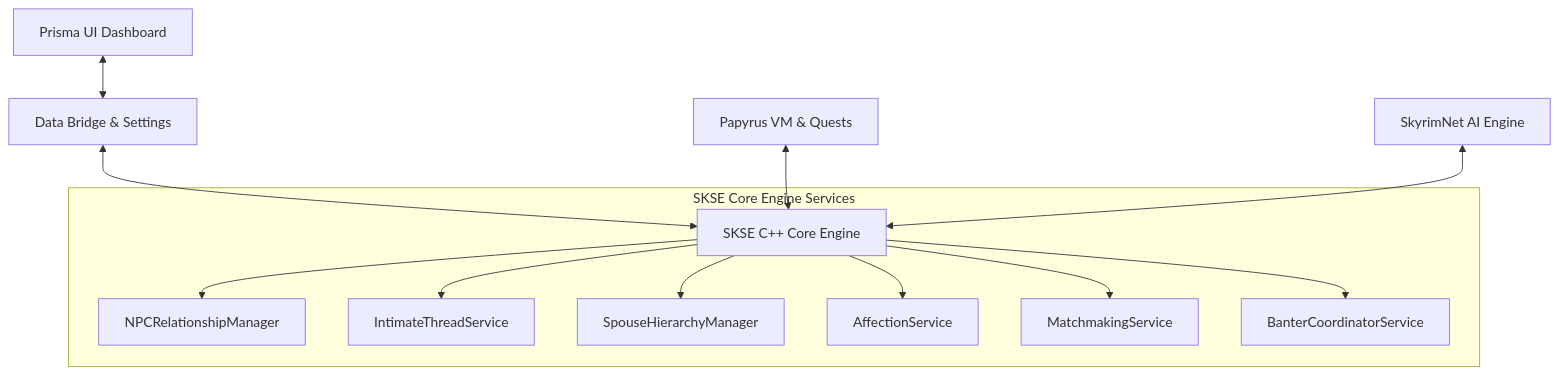
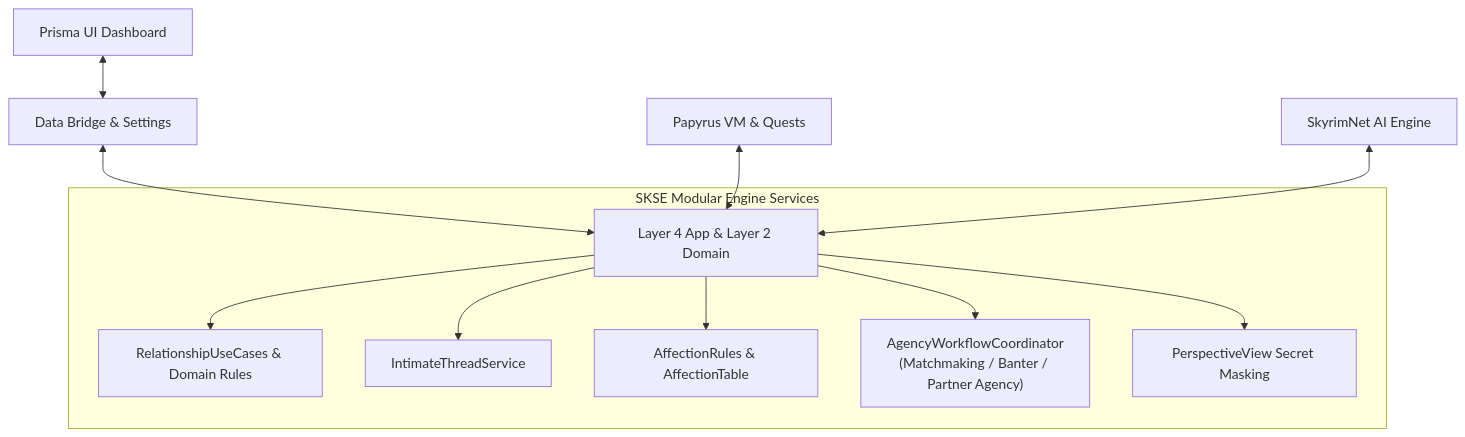
Before and after one commit to tetherball88/maras: the first of 3 diagrams in docs/modder/RELATIONSHIP_DYNAMICS_GUIDE.md, drawn with Mermaid. The commit also changed other lines of this file and 120 other files, not shown here.

Commit message:
P4.3 — Final Architectural Sign-Off & Documentation Sync

````diff
--- a/docs/modder/RELATIONSHIP_DYNAMICS_GUIDE.md
+++ b/docs/modder/RELATIONSHIP_DYNAMICS_GUIDE.md
@@ -13,16 +13,15 @@
 ```mermaid
 graph TD
     UI["Prisma UI Dashboard"] <--> Bridge["Data Bridge & Settings"]
-    Bridge <--> Core["SKSE C++ Core Engine"]
-    Papyrus["Papyrus VM & Quests"] <--> Core
-    SNet["SkyrimNet AI Engine"] <--> Core
+    Bridge <--> App["Layer 4 App & Layer 2 Domain"]
+    Papyrus["Papyrus VM & Quests"] <--> App
+    SNet["SkyrimNet AI Engine"] <--> App
 
-    subgraph CoreSystems["SKSE Core Engine Services"]
-        Core --> NPCRel["NPCRelationshipManager"]
-        Core --> Intimate["IntimateThreadService"]
-        Core --> Hierarchy["SpouseHierarchyManager"]
-        Core --> Affection["AffectionService"]
-        Core --> Matchmaking["MatchmakingService"]
-        Core --> Banter["BanterCoordinatorService"]
+    subgraph CoreSystems["SKSE Modular Engine Services"]
+        App --> RelUseCases["RelationshipUseCases & Domain Rules"]
+        App --> Intimate["IntimateThreadService"]
+        App --> Affection["AffectionRules & AffectionTable"]
+        App --> Agency["AgencyWorkflowCoordinator\n(Matchmaking / Banter / Partner Agency)"]
+        App --> Perspective["PerspectiveView Secret Masking"]
     end
 ```
````
